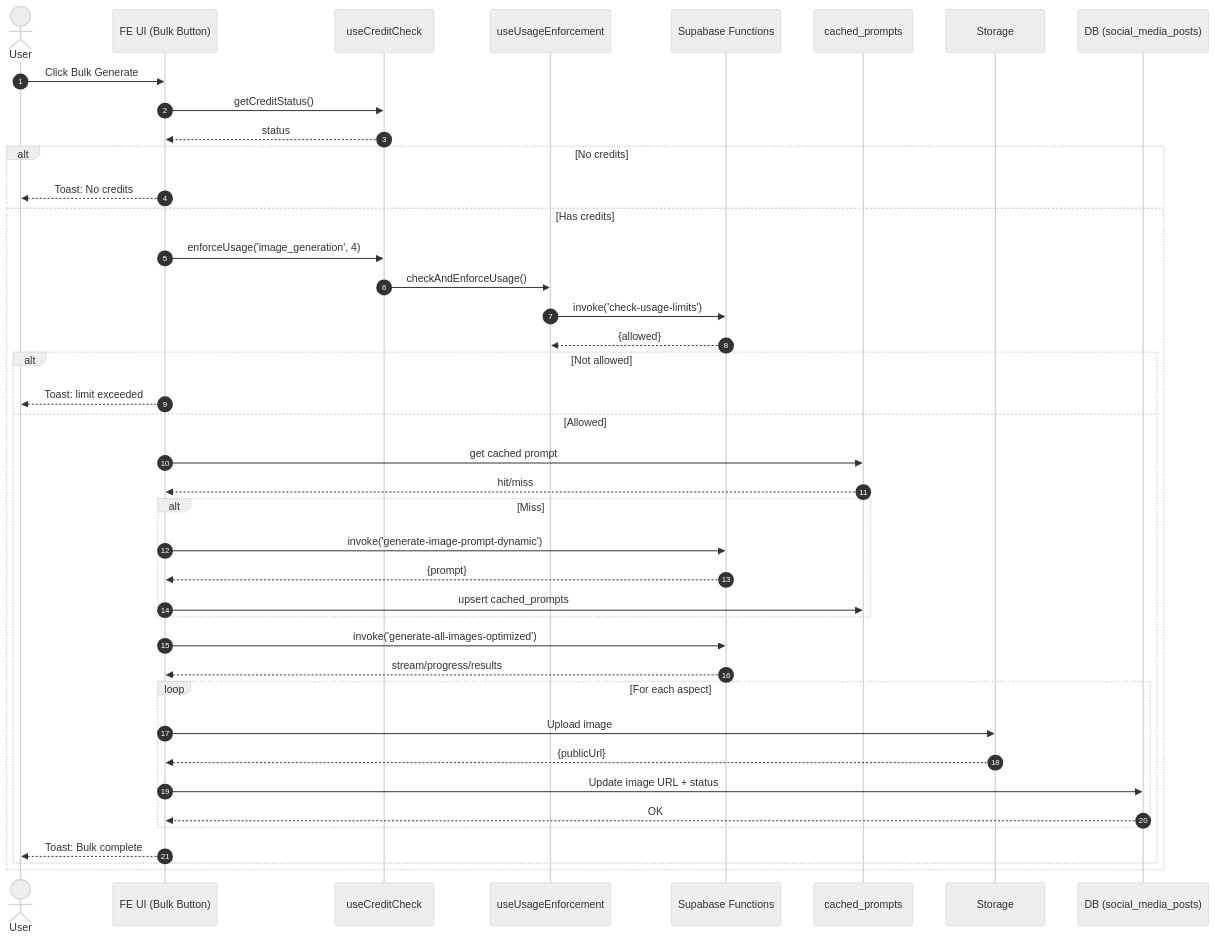
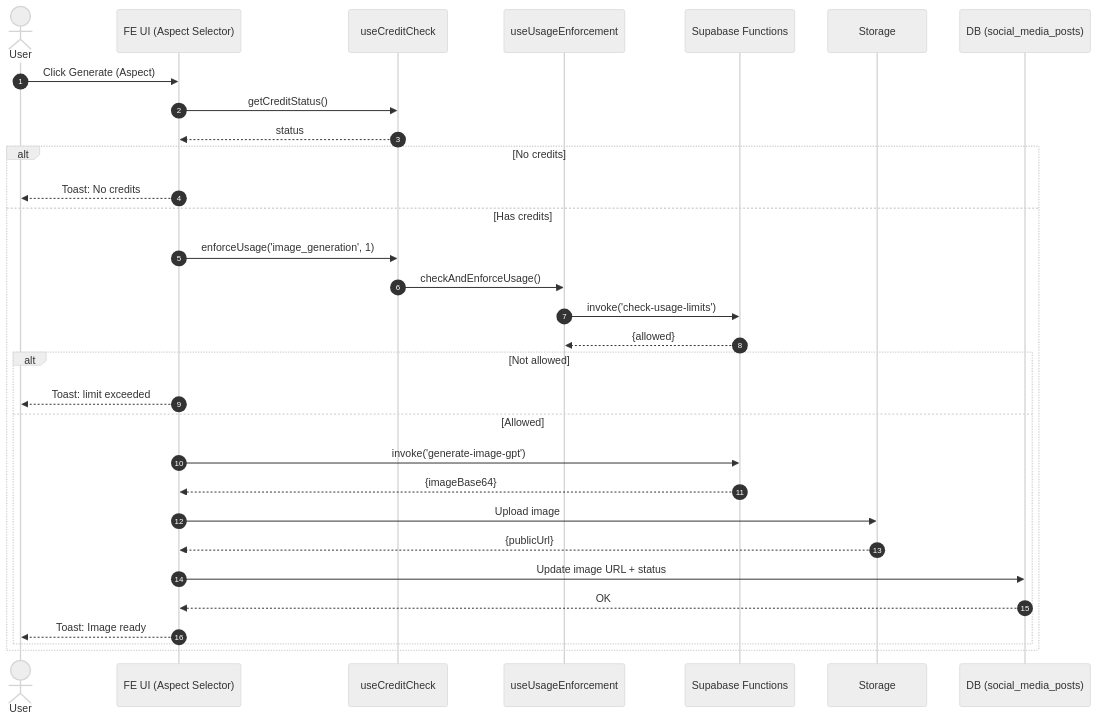
One commit to jordanleahy/jordansportfolio changed the second of 2 diagrams in docs/text-to-photos-audit-and-hardening.md. Above: the diagram before and after it, drawn with Mermaid (neutral theme). The commit also changed other lines of this file and 10 other files, not shown here.

First line of the commit message:
Delete unused image generation functionality

````diff
--- a/docs/text-to-photos-audit-and-hardening.md
+++ b/docs/text-to-photos-audit-and-hardening.md
@@ -218,44 +218,34 @@
 ```mermaid
 sequenceDiagram
   autonumber
   actor User
-  participant UI as FE UI (Bulk Button)
+  participant UI as FE UI (Aspect Selector)
   participant CC as useCreditCheck
   participant UE as useUsageEnforcement
   participant SB as Supabase Functions
-  participant DB as cached_prompts
   participant ST as Storage
   participant POSTS as DB (social_media_posts)
 
-  User->>UI: Click Bulk Generate
+  User->>UI: Click Generate (Aspect)
   UI->>CC: getCreditStatus()
   CC-->>UI: status
   alt No credits
     UI-->>User: Toast: No credits
   else Has credits
-    UI->>CC: enforceUsage('image_generation', 4)
+    UI->>CC: enforceUsage('image_generation', 1)
     CC->>UE: checkAndEnforceUsage()
     UE->>SB: invoke('check-usage-limits')
     SB-->>UE: {allowed}
     alt Not allowed
       UI-->>User: Toast: limit exceeded
     else Allowed
-      UI->>DB: get cached prompt
-      DB-->>UI: hit/miss
-      alt Miss
-        UI->>SB: invoke('generate-image-prompt-dynamic')
-        SB-->>UI: {prompt}
-        UI->>DB: upsert cached_prompts
-      end
-      UI->>SB: invoke('generate-all-images-optimized')
-      SB-->>UI: stream/progress/results
-      loop For each aspect
-        UI->>ST: Upload image
-        ST-->>UI: {publicUrl}
-        UI->>POSTS: Update image URL + status
-        POSTS-->>UI: OK
-      end
-      UI-->>User: Toast: Bulk complete
+      UI->>SB: invoke('generate-image-gpt')
+      SB-->>UI: {imageBase64}
+      UI->>ST: Upload image
+      ST-->>UI: {publicUrl}
+      UI->>POSTS: Update image URL + status
+      POSTS-->>UI: OK
+      UI-->>User: Toast: Image ready
     end
   end
 ```
````
